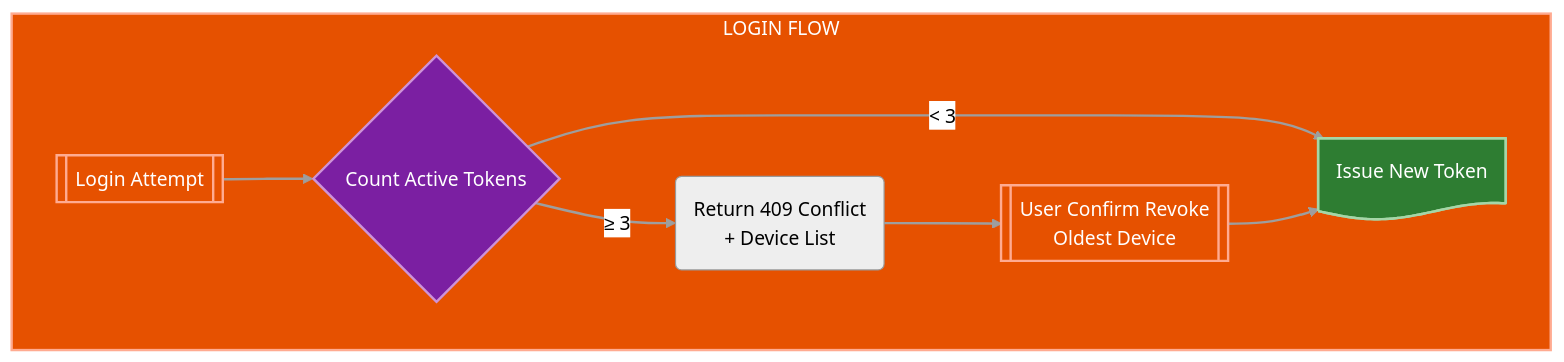
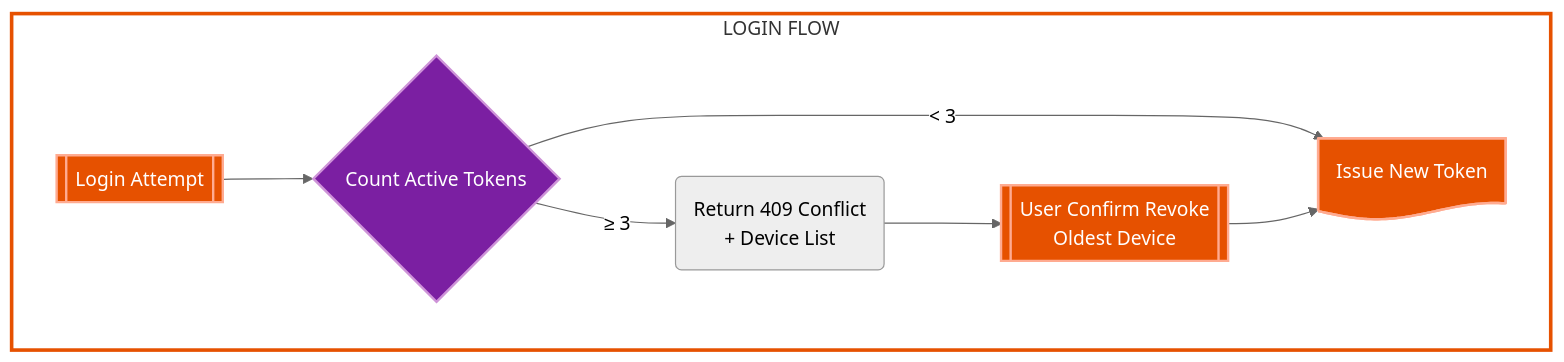
One commit to nghyane/VSTEP changed diagram 12 of 12 in docs/capstone/diagrams/flow-diagrams.vi.md. Above: the diagram before and after it, drawn with Mermaid (neutral theme). The commit also changed other lines of this file, not shown here.

First line of the commit message:
fix(docs): remove unsupported linkStyle syntax causing parse errors

````diff
--- a/docs/capstone/diagrams/flow-diagrams.vi.md
+++ b/docs/capstone/diagrams/flow-diagrams.vi.md
@@ -737,24 +815,28 @@
 ```mermaid
 flowchart TB
     subgraph Login["LOGIN FLOW"]
         Attempt@{ shape: fr-rect, label: "Login Attempt" }
         Count@{ shape: diam, label: "Count Active Tokens" }
         Warn@{ shape: rounded, label: "Return 409 Conflict<br/>+ Device List" }
         Revoke@{ shape: fr-rect, label: "User Confirm Revoke<br/>Oldest Device" }
         Issue@{ shape: doc, label: "Issue New Token" }
     end
 
     Attempt --> Count
     Count -->|"< 3"| Issue
     Count -->|"≥ 3"| Warn --> Revoke --> Issue
 
     classDef process fill:#e65100,stroke:#ffab91,stroke-width:2px,color:#fff
     classDef decision fill:#7b1fa2,stroke:#ce93d8,stroke-width:2px,color:#fff
     classDef success fill:#2e7d32,stroke:#a5d6a7,stroke-width:2px,color:#fff
 
-    class Login,Attempt,Revoke,Issue process
+    classDef processBox fill:none,stroke:#e65100,stroke-width:3px
+    classDef decisionBox fill:none,stroke:#7b1fa2,stroke-width:3px
+    classDef successBox fill:none,stroke:#2e7d32,stroke-width:3px
+
+    class Login processBox
+
+    class Attempt,Revoke,Issue process
     class Count decision
-    class Issue success
 
-    linkStyle default stroke:#9e9e9e,stroke-width:2px
 ```
````
